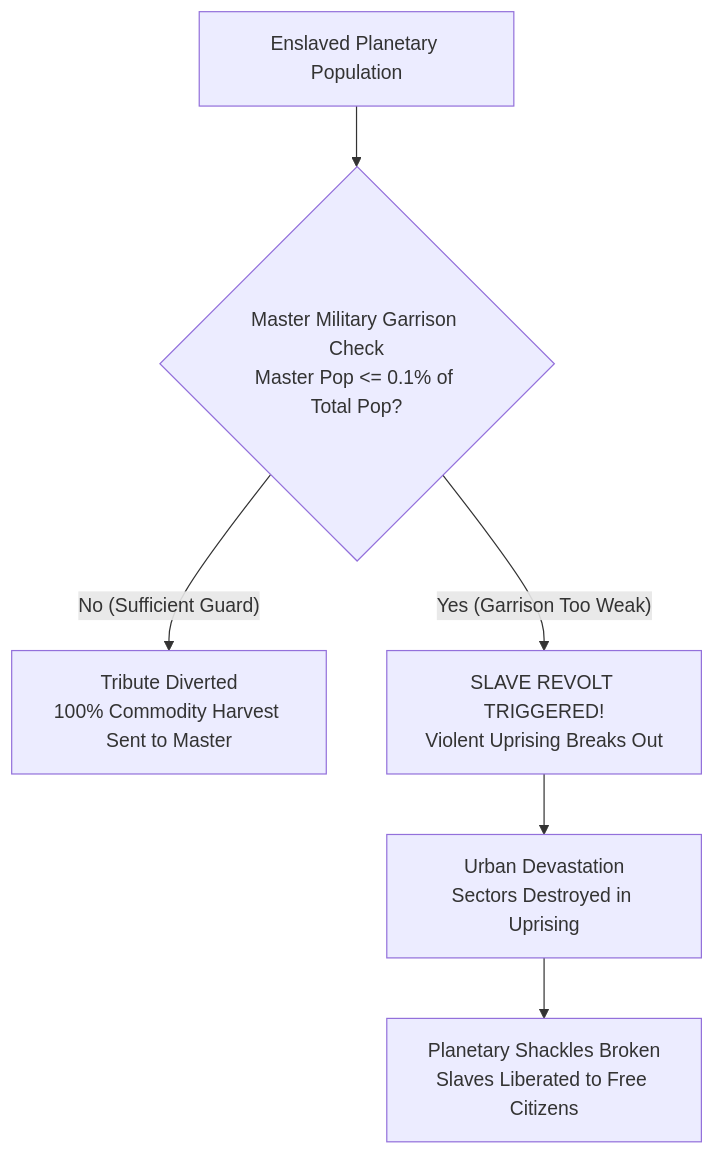
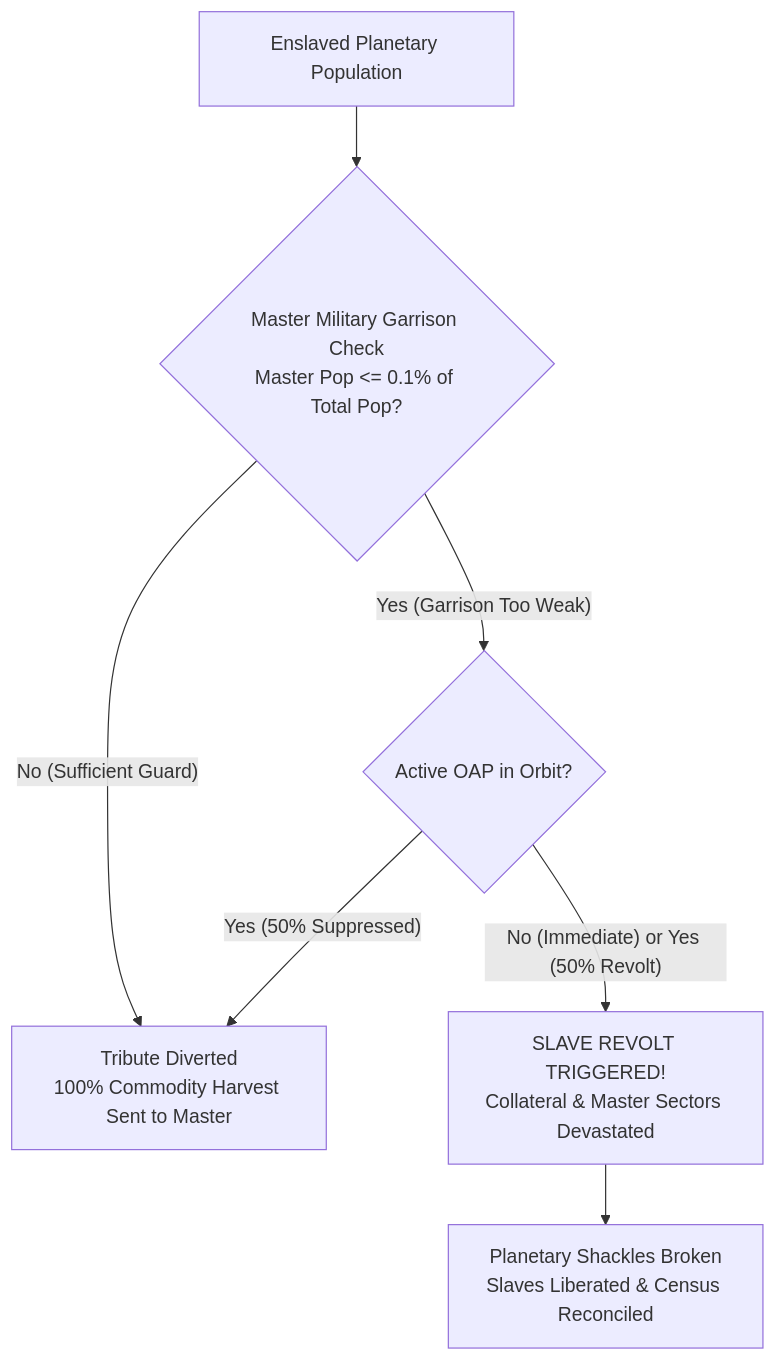
The fourth of 4 diagrams in docs/planetary_simulation.md (kaladron/galactic-bloodshed), drawn with Mermaid before and after one commit. The commit also changed other lines of this file and 8 other files, not shown here.

First line of the commit message:
fix(entities,turn,docs): restore 1989 slave revolt and OAP intimidation mechanics

````diff
--- a/docs/planetary_simulation.md
+++ b/docs/planetary_simulation.md
@@ -183,9 +183,9 @@
 ```mermaid
 flowchart TD
     Pop["Enslaved Planetary Population"] --> Gar{"Master Military Garrison Check\nMaster Pop <= 0.1% of Total Pop?"}
     Gar -->|"No (Sufficient Guard)"| Tribute["Tribute Diverted\n100% Commodity Harvest Sent to Master"]
-    Gar -->|"Yes (Garrison Too Weak)"| Revolt["SLAVE REVOLT TRIGGERED!\nViolent Uprising Breaks Out"]
-    
-    Revolt --> Devastate["Urban Devastation\nSectors Destroyed in Uprising"]
-    Devastate --> Free["Planetary Shackles Broken\nSlaves Liberated to Free Citizens"]
+    Gar -->|"Yes (Garrison Too Weak)"| OAP{"Active OAP in Orbit?"}
+    OAP -->|"Yes (50% Suppressed)"| Tribute
+    OAP -->|"No (Immediate) or Yes (50% Revolt)"| Revolt["SLAVE REVOLT TRIGGERED!\nCollateral & Master Sectors Devastated"]
+    Revolt --> Free["Planetary Shackles Broken\nSlaves Liberated & Census Reconciled"]
 ```
````
